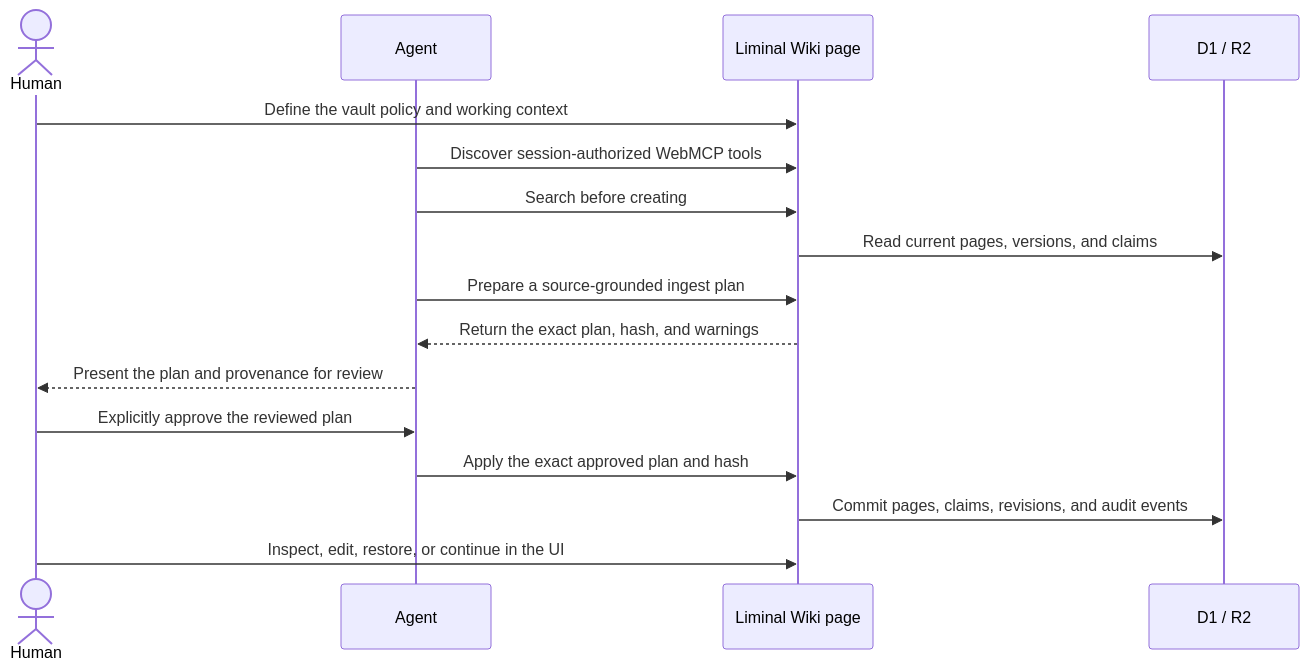
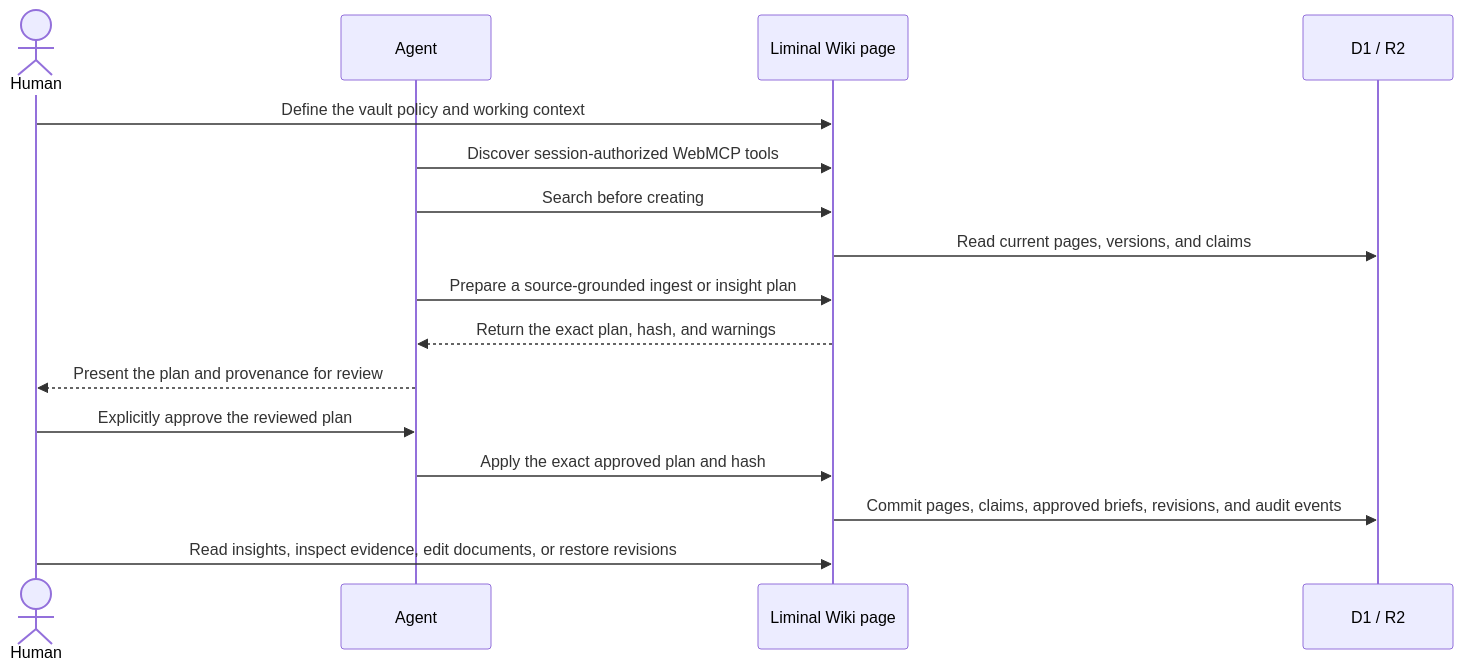
One commit to rca32/llmwiki-webmcp changed the first of 2 diagrams in README.md. Above: the diagram before and after it, drawn with Mermaid. The commit also changed other lines of this file and 26 other files, not shown here.

Commit message:
feat: redesign topic explorer around approved insights

````diff
--- a/README.md
+++ b/README.md
@@ -95,19 +100,19 @@
 ```mermaid
 sequenceDiagram
     actor Human
     participant Agent
     participant Page as Liminal Wiki page
     participant Data as D1 / R2
 
     Human->>Page: Define the vault policy and working context
     Agent->>Page: Discover session-authorized WebMCP tools
     Agent->>Page: Search before creating
     Page->>Data: Read current pages, versions, and claims
-    Agent->>Page: Prepare a source-grounded ingest plan
+    Agent->>Page: Prepare a source-grounded ingest or insight plan
     Page-->>Agent: Return the exact plan, hash, and warnings
     Agent-->>Human: Present the plan and provenance for review
     Human->>Agent: Explicitly approve the reviewed plan
     Agent->>Page: Apply the exact approved plan and hash
-    Page->>Data: Commit pages, claims, revisions, and audit events
-    Human->>Page: Inspect, edit, restore, or continue in the UI
+    Page->>Data: Commit pages, claims, approved briefs, revisions, and audit events
+    Human->>Page: Read insights, inspect evidence, edit documents, or restore revisions
 ```
````
